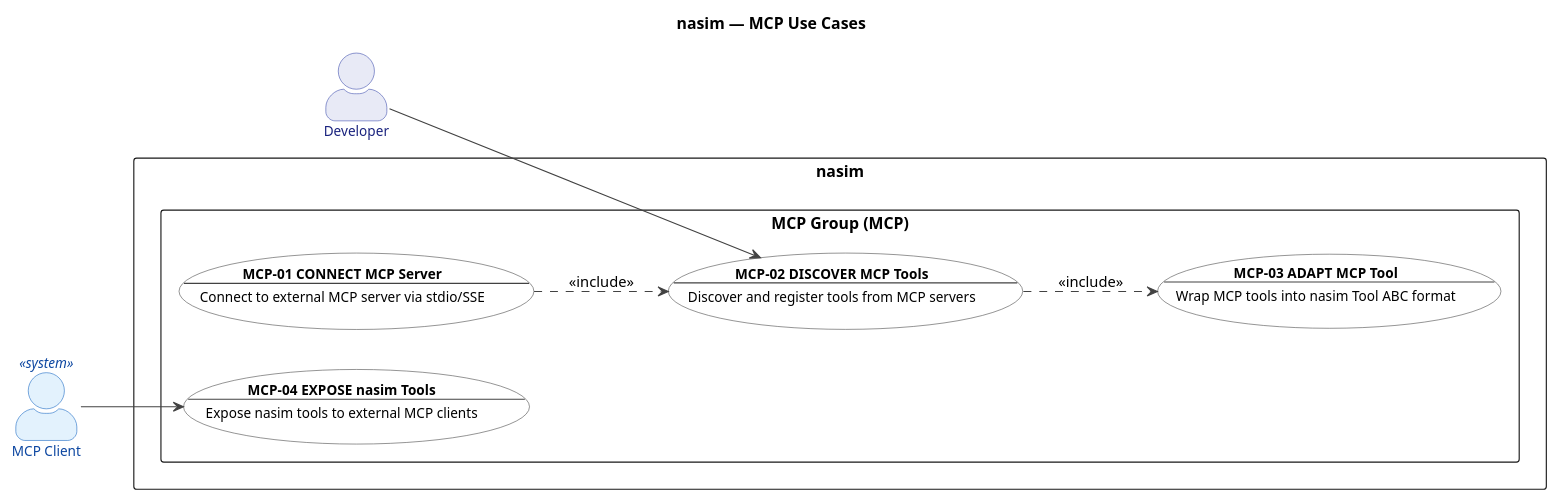
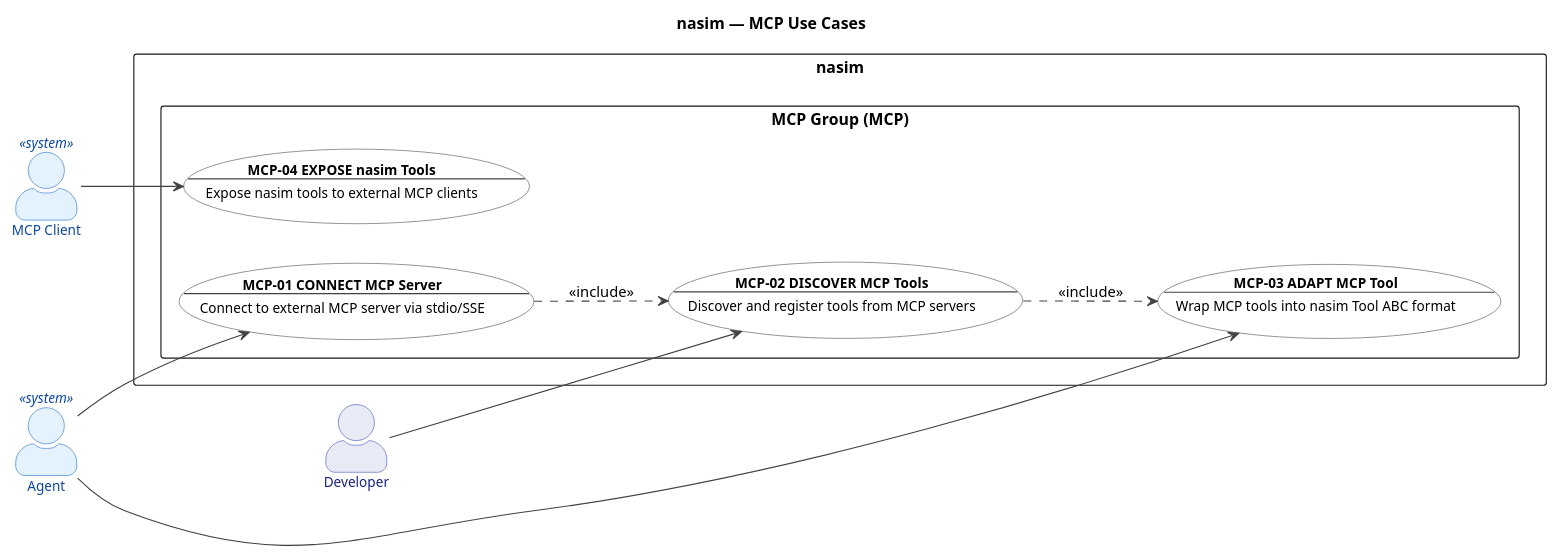
The diagram in docs/UC/uc_mcp.puml (salimnamvar/nasim), drawn with PlantUML before and after one commit. The commit also changed 18 other files, not shown here.

First line of the commit message:
docs: Add "Agent" actor to multiple use case diagrams and establish relationships

```diff
--- a/docs/UC/uc_mcp.puml
+++ b/docs/UC/uc_mcp.puml
@@ -1,76 +1,79 @@
 @startuml uc_mcp
 
 ' ============================================================
 ' Title:     nasim — UC: MCP Group
 ' Group:     MCP (Model Context Protocol)
 ' Boundary:  nasim code agent
 ' Purpose:   MCP as first-class subsystem: client/server runtime, tool adapter, discovery
 ' Milestone: v1.0
 ' Version:   6.0.0
 ' Source:    docs/ENTITIES.md
 ' Review:    docs/audit/audit.2026.06.20.uc-layer.car.md
 ' ============================================================
 
 left to right direction
 
 title nasim — MCP Use Cases
 
 skinparam actorStyle awesome
 skinparam packageStyle rectangle
 
 skinparam usecase {
   BackgroundColor #FFFFFF
   BorderColor #424242
   FontColor #000000
   ArrowColor #424242
   FontSize 12
 }
 
 skinparam actor {
   BackgroundColor #E8EAF6
   BorderColor #3949AB
   FontColor #1A237E
   FontSize 12
 }
 
 skinparam actor<<system>> {
   BackgroundColor #E3F2FD
   BorderColor #1565C0
   FontColor #0D47A1
 }
 
 ' ============================================================
 ' Actors
 ' ============================================================
 
 actor "Developer" as Developer
 actor "MCP Client" as MCPClient <<system>>
+actor "Agent" as Agent <<system>>
 
 ' ============================================================
 ' System Boundary
 ' ============================================================
 
 rectangle "nasim" {
   package "MCP Group (MCP)" {
     usecase "**MCP-01 CONNECT MCP Server**\n--\nConnect to external MCP server via stdio/SSE" as MCP01
     usecase "**MCP-02 DISCOVER MCP Tools**\n--\nDiscover and register tools from MCP servers" as MCP02
     usecase "**MCP-03 ADAPT MCP Tool**\n--\nWrap MCP tools into nasim Tool ABC format" as MCP03
     usecase "**MCP-04 EXPOSE nasim Tools**\n--\nExpose nasim tools to external MCP clients" as MCP04
   }
 }
 
 ' ============================================================
 ' Actor -> Use Case Associations
 ' ============================================================
 
 Developer --> MCP02
 MCPClient --> MCP04
+Agent --> MCP01
+Agent --> MCP03
 
 ' ============================================================
 ' Relationships
 ' ============================================================
 
 MCP01 ..> MCP02 : <<include>>
 MCP02 ..> MCP03 : <<include>>
 
 @enduml
```
